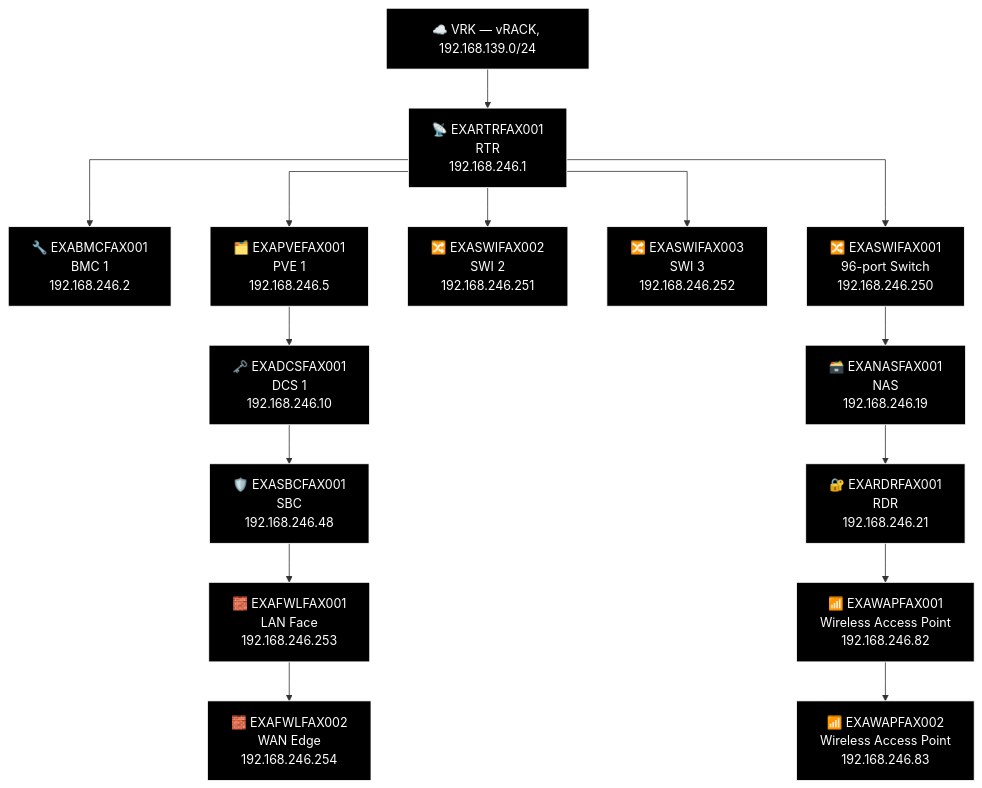
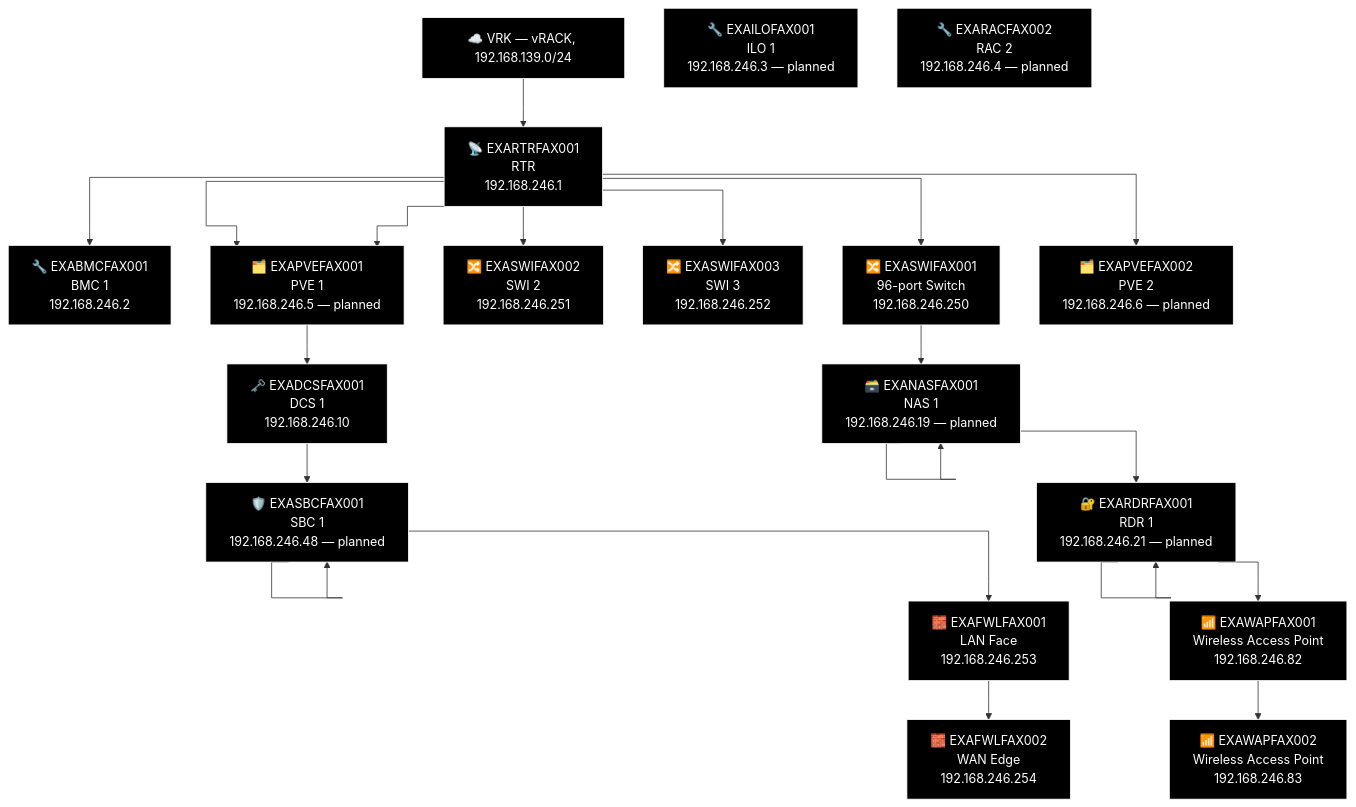
Diagram 11 of 23 in docs/network-diagram/danmark.md (knightmare2600/example_music_infra), drawn with Mermaid before and after one commit. The commit also changed 5 other files, not shown here.

````diff
--- a/docs/network-diagram/danmark.md
+++ b/docs/network-diagram/danmark.md
@@ -511,44 +511,60 @@
 ```mermaid
 %% GENERATED:TOPOLOGY:FAX:START
 %%{init: {'flowchart': {'curve': 'stepAfter'}}}%%
 graph TD
     T_VRK["☁️ VRK — vRACK, 192.168.139.0/24"]
     T_RTR["📡 EXARTRFAX001<br/>RTR<br/>192.168.246.1"]
     T_VRK --> T_RTR
     T_BMC["🔧 EXABMCFAX001<br/>BMC 1<br/>192.168.246.2"]
     T_RTR --> T_BMC
     T_PVE["🗂️ EXAPVEFAX001<br/>PVE 1<br/>192.168.246.5"]
     T_RTR --> T_PVE
     T_SWI["🔀 EXASWIFAX002<br/>SWI 2<br/>192.168.246.251"]
     T_RTR --> T_SWI
     T_SWI2["🔀 EXASWIFAX003<br/>SWI 3<br/>192.168.246.252"]
     T_RTR --> T_SWI2
     T_SWI3["🔀 EXASWIFAX001<br/>96-port Switch<br/>192.168.246.250"]
     T_RTR --> T_SWI3
+    T_PVE["🗂️ EXAPVEFAX001<br/>PVE 1<br/>192.168.246.5 — planned"]
+    T_RTR --> T_PVE
+    T_PVE2["🗂️ EXAPVEFAX002<br/>PVE 2<br/>192.168.246.6 — planned"]
+    T_RTR --> T_PVE2
     T_NAS["🗃️ EXANASFAX001<br/>NAS<br/>192.168.246.19"]
+    T_NAS["🗃️ EXANASFAX001<br/>NAS 1<br/>192.168.246.19 — planned"]
     T_RDR["🔐 EXARDRFAX001<br/>RDR<br/>192.168.246.21"]
+    T_RDR["🔐 EXARDRFAX001<br/>RDR 1<br/>192.168.246.21 — planned"]
     T_WAP["📶 EXAWAPFAX001<br/>Wireless Access Point<br/>192.168.246.82"]
     T_WAP2["📶 EXAWAPFAX002<br/>Wireless Access Point<br/>192.168.246.83"]
-    T_SWI3 --> T_NAS --> T_RDR --> T_WAP --> T_WAP2
+    T_SWI3 --> T_NAS --> T_NAS --> T_RDR --> T_RDR --> T_WAP --> T_WAP2
     T_DCS["🗝️ EXADCSFAX001<br/>DCS 1<br/>192.168.246.10"]
     T_SBC["🛡️ EXASBCFAX001<br/>SBC<br/>192.168.246.48"]
+    T_SBC["🛡️ EXASBCFAX001<br/>SBC 1<br/>192.168.246.48 — planned"]
     T_FWL["🧱 EXAFWLFAX001<br/>LAN Face<br/>192.168.246.253"]
     T_FWL2["🧱 EXAFWLFAX002<br/>WAN Edge<br/>192.168.246.254"]
-    T_PVE --> T_DCS --> T_SBC --> T_FWL --> T_FWL2
+    T_PVE --> T_DCS --> T_SBC --> T_SBC --> T_FWL --> T_FWL2
+    T_ILO["🔧 EXAILOFAX001<br/>ILO 1<br/>192.168.246.3 — planned"]
+    T_RAC["🔧 EXARACFAX002<br/>RAC 2<br/>192.168.246.4 — planned"]
     style T_VRK fill:#000000,stroke:#FFFFFF,color:#FFFFFF
     style T_RTR fill:#000000,stroke:#FFFFFF,color:#FFFFFF
     style T_BMC fill:#000000,stroke:#FFFFFF,color:#FFFFFF
     style T_PVE fill:#000000,stroke:#FFFFFF,color:#FFFFFF
     style T_SWI fill:#000000,stroke:#FFFFFF,color:#FFFFFF
     style T_SWI2 fill:#000000,stroke:#FFFFFF,color:#FFFFFF
     style T_SWI3 fill:#000000,stroke:#FFFFFF,color:#FFFFFF
+    style T_PVE fill:#000000,stroke:#FFFFFF,color:#FFFFFF
+    style T_PVE2 fill:#000000,stroke:#FFFFFF,color:#FFFFFF
     style T_NAS fill:#000000,stroke:#FFFFFF,color:#FFFFFF
+    style T_NAS fill:#000000,stroke:#FFFFFF,color:#FFFFFF
+    style T_RDR fill:#000000,stroke:#FFFFFF,color:#FFFFFF
     style T_RDR fill:#000000,stroke:#FFFFFF,color:#FFFFFF
     style T_WAP fill:#000000,stroke:#FFFFFF,color:#FFFFFF
     style T_WAP2 fill:#000000,stroke:#FFFFFF,color:#FFFFFF
     style T_DCS fill:#000000,stroke:#FFFFFF,color:#FFFFFF
     style T_SBC fill:#000000,stroke:#FFFFFF,color:#FFFFFF
+    style T_SBC fill:#000000,stroke:#FFFFFF,color:#FFFFFF
     style T_FWL fill:#000000,stroke:#FFFFFF,color:#FFFFFF
     style T_FWL2 fill:#000000,stroke:#FFFFFF,color:#FFFFFF
+    style T_ILO fill:#000000,stroke:#FFFFFF,color:#FFFFFF
+    style T_RAC fill:#000000,stroke:#FFFFFF,color:#FFFFFF
 %% GENERATED:TOPOLOGY:FAX:END
 ```
````
